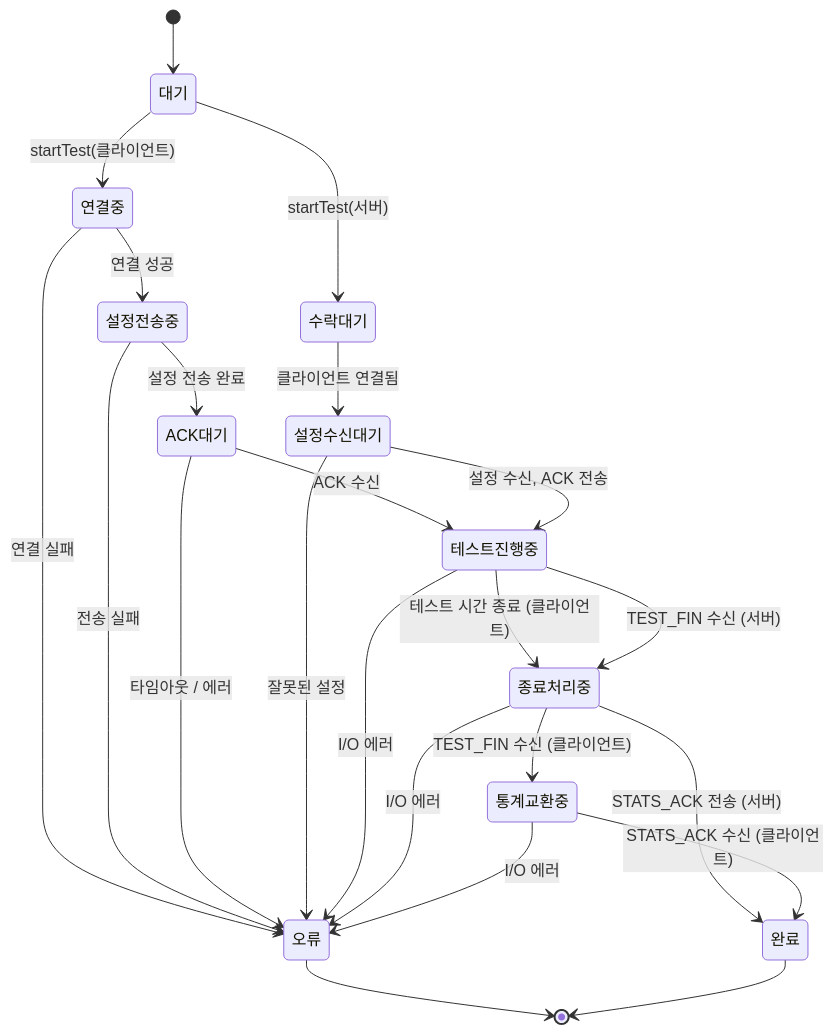
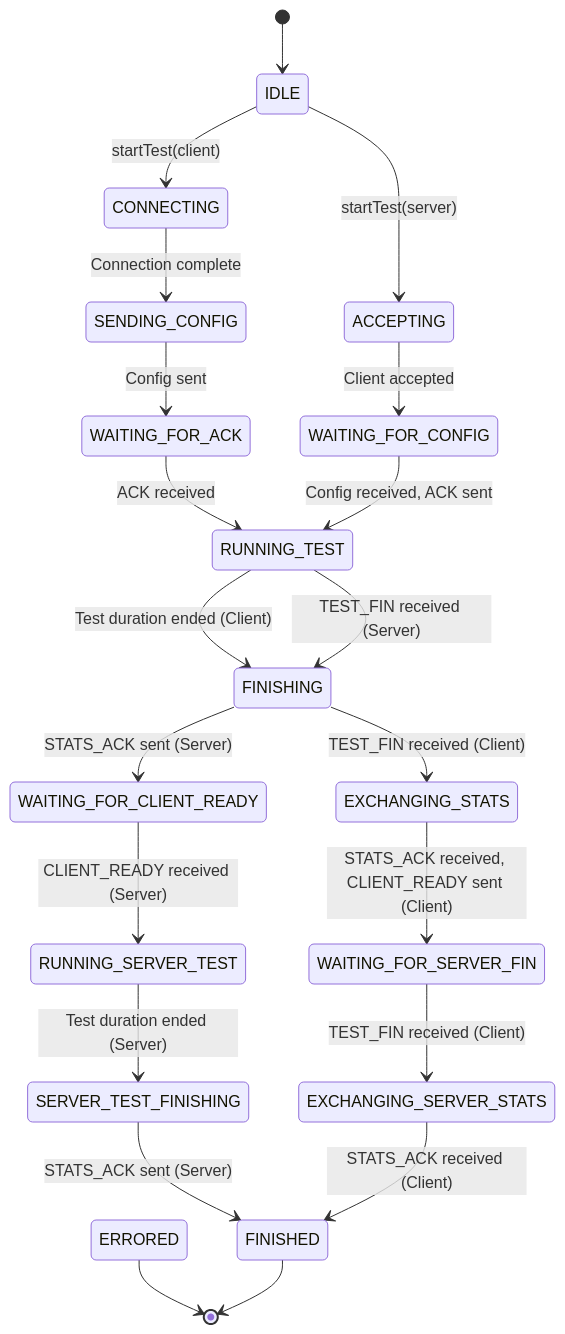
Before and after one commit to JunKIM2603a/MyIperf: the second of 2 diagrams in UML/ActivityDiagram.md, drawn with Mermaid. The commit also changed other lines of this file and 19 other files, not shown here.

````diff
--- a/UML/ActivityDiagram.md
+++ b/UML/ActivityDiagram.md
@@ -89,33 +124,33 @@
 ```mermaid
 stateDiagram-v2
-    [*] --> 대기
+    [*] --> IDLE
 
-    대기 --> 연결중: startTest(클라이언트)
-    대기 --> 수락대기: startTest(서버)
+    IDLE --> CONNECTING: startTest(client)
+    IDLE --> ACCEPTING: startTest(server)
 
-    연결중 --> 설정전송중: 연결 성공
-    설정전송중 --> ACK대기: 설정 전송 완료
-    ACK대기 --> 테스트진행중: ACK 수신
+    CONNECTING --> SENDING_CONFIG: Connection complete
+    SENDING_CONFIG --> WAITING_FOR_ACK: Config sent
+    WAITING_FOR_ACK --> RUNNING_TEST: ACK received
 
-    수락대기 --> 설정수신대기: 클라이언트 연결됨
-    설정수신대기 --> 테스트진행중: 설정 수신, ACK 전송
+    ACCEPTING --> WAITING_FOR_CONFIG: Client accepted
+    WAITING_FOR_CONFIG --> RUNNING_TEST: Config received, ACK sent
 
-    테스트진행중 --> 종료처리중: 테스트 시간 종료 (클라이언트)
-    테스트진행중 --> 종료처리중: TEST_FIN 수신 (서버)
+    RUNNING_TEST --> FINISHING: Test duration ended (Client)
+    RUNNING_TEST --> FINISHING: TEST_FIN received (Server)
 
-    종료처리중 --> 통계교환중: TEST_FIN 수신 (클라이언트)
-    종료처리중 --> 완료: STATS_ACK 전송 (서버)
+    FINISHING --> EXCHANGING_STATS: TEST_FIN received (Client)
+    FINISHING --> WAITING_FOR_CLIENT_READY: STATS_ACK sent (Server)
 
-    통계교환중 --> 완료: STATS_ACK 수신 (클라이언트)
+    EXCHANGING_STATS --> WAITING_FOR_SERVER_FIN: STATS_ACK received, CLIENT_READY sent (Client)
 
-    연결중 --> 오류: 연결 실패
-    설정전송중 --> 오류: 전송 실패
-    ACK대기 --> 오류: 타임아웃 / 에러
-    설정수신대기 --> 오류: 잘못된 설정
-    테스트진행중 --> 오류: I/O 에러
-    종료처리중 --> 오류: I/O 에러
-    통계교환중 --> 오류: I/O 에러
+    WAITING_FOR_CLIENT_READY --> RUNNING_SERVER_TEST: CLIENT_READY received (Server)
+    RUNNING_SERVER_TEST --> SERVER_TEST_FINISHING: Test duration ended (Server)
+    
+    WAITING_FOR_SERVER_FIN --> EXCHANGING_SERVER_STATS: TEST_FIN received (Client)
+    SERVER_TEST_FINISHING --> FINISHED: STATS_ACK sent (Server)
 
-    오류 --> [*]
-    완료 --> [*]
+    EXCHANGING_SERVER_STATS --> FINISHED: STATS_ACK received (Client)
+
+    ERRORED --> [*]
+    FINISHED --> [*]
 ```
````
